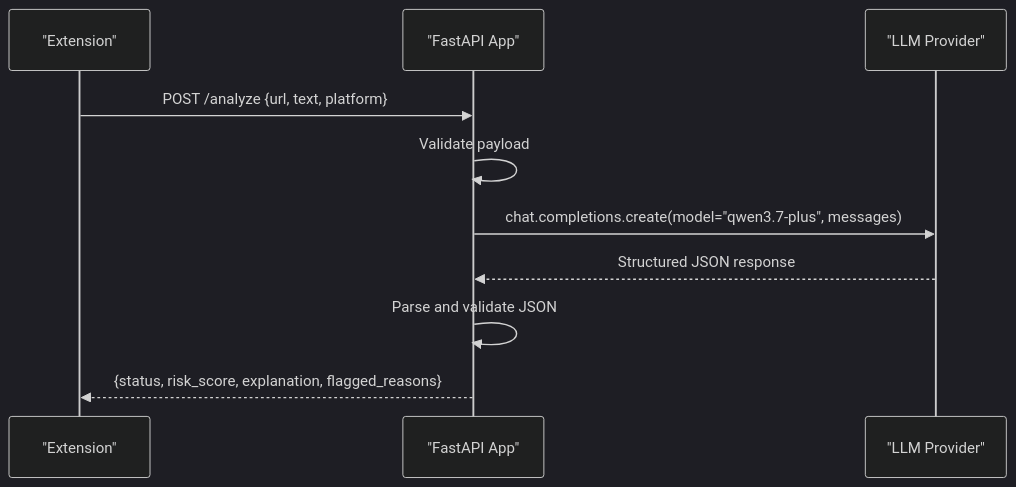
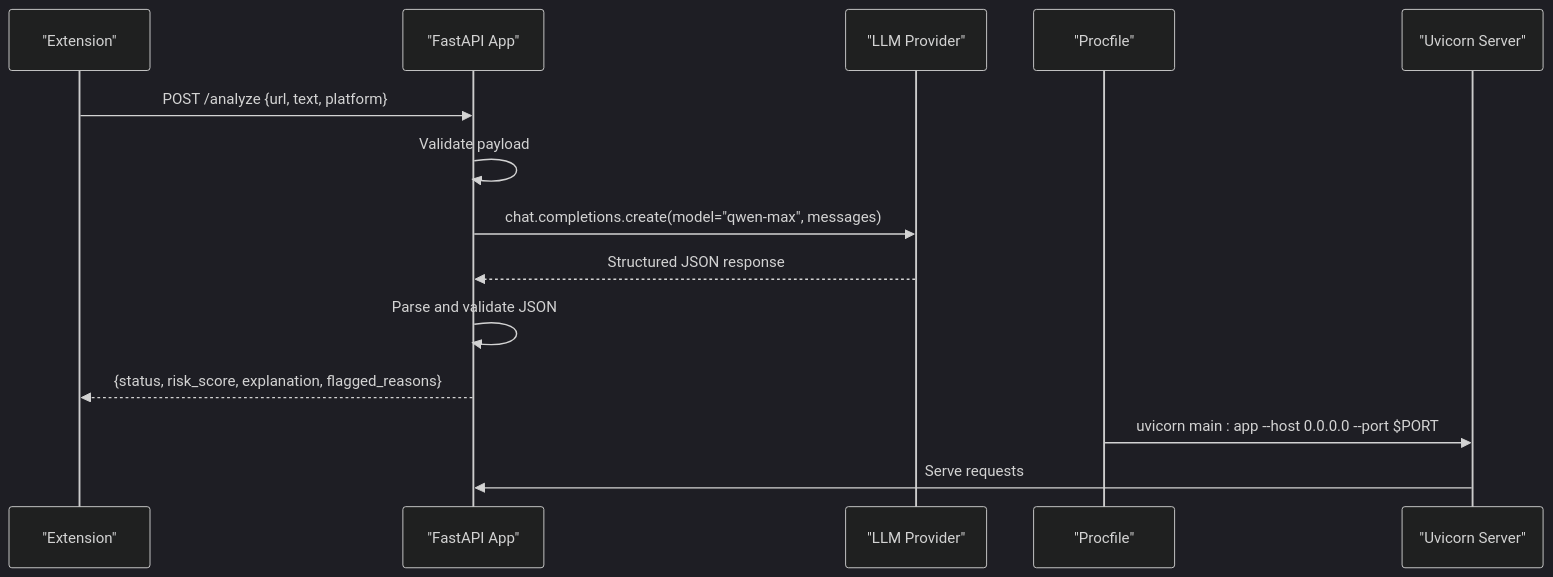
Before and after one commit to Aymanaahh/scrollguard-ai: the second of 4 diagrams in .qoder/repowiki/en/content/Deployment and Configuration.md, drawn with Mermaid (dark theme). The commit also changed other lines of this file and 34 other files, not shown here.

````diff
--- a/.qoder/repowiki/en/content/Deployment and Configuration.md
+++ b/.qoder/repowiki/en/content/Deployment and Configuration.md
@@ -82,12 +100,16 @@
 ```mermaid
 sequenceDiagram
 participant Ext as "Extension"
 participant API as "FastAPI App"
 participant LLM as "LLM Provider"
+participant Proc as "Procfile"
+participant Uvi as "Uvicorn Server"
 Ext->>API : POST /analyze {url, text, platform}
 API->>API : Validate payload
-API->>LLM : chat.completions.create(model="qwen3.7-plus", messages)
+API->>LLM : chat.completions.create(model="qwen-max", messages)
 LLM-->>API : Structured JSON response
 API->>API : Parse and validate JSON
 API-->>Ext : {status, risk_score, explanation, flagged_reasons}
+Proc->>Uvi : uvicorn main : app --host 0.0.0.0 --port $PORT
+Uvi->>API : Serve requests
 ```
````
